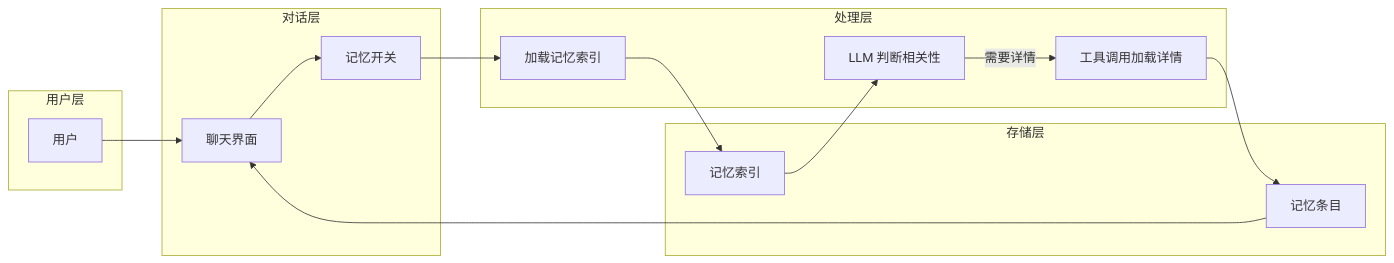
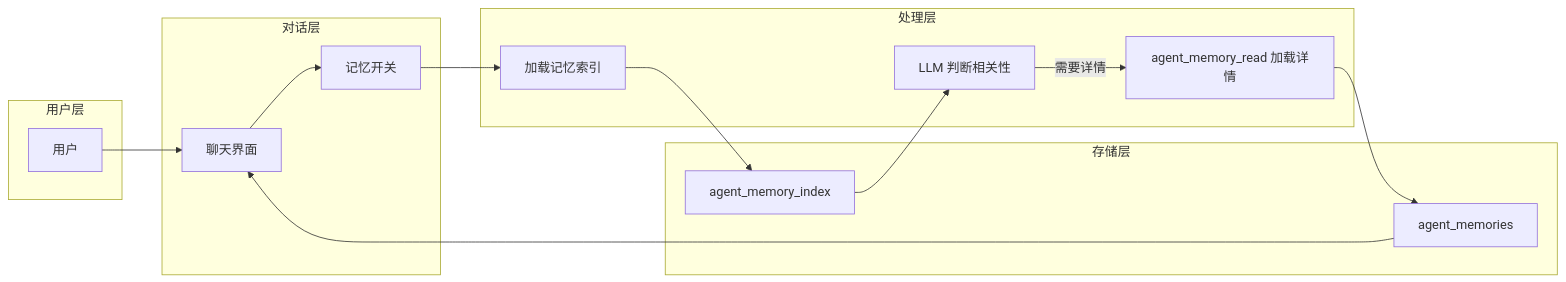
The third of 14 diagrams in bar/记忆设计方案.md (RudolphHuang/openclaw_doc), drawn with Mermaid before and after one commit. The commit also changed other lines of this file, not shown here.

````diff
--- a/bar/记忆设计方案.md
+++ b/bar/记忆设计方案.md
@@ -104,31 +104,31 @@
 ```mermaid
 flowchart LR
     subgraph UserLayer["用户层"]
         User["用户"]
     end
     
     subgraph ChatLayer["对话层"]
         Chat["聊天界面"]
         Toggle["记忆开关"]
     end
     
     subgraph ProcessingLayer["处理层"]
         IndexLoad["加载记忆索引"]
         LLMJudge["LLM 判断相关性"]
-        ToolCall["工具调用加载详情"]
+        ToolCall["agent_memory_read 加载详情"]
     end
     
     subgraph StorageLayer["存储层"]
-        Index["记忆索引"]
-        Entries["记忆条目"]
+        Index["agent_memory_index"]
+        Entries["agent_memories"]
     end
     
     User --> Chat
     Chat --> Toggle
     Toggle --> IndexLoad
     IndexLoad --> Index
     Index --> LLMJudge
     LLMJudge -->|需要详情| ToolCall
     ToolCall --> Entries
     Entries --> Chat
 ```
````
